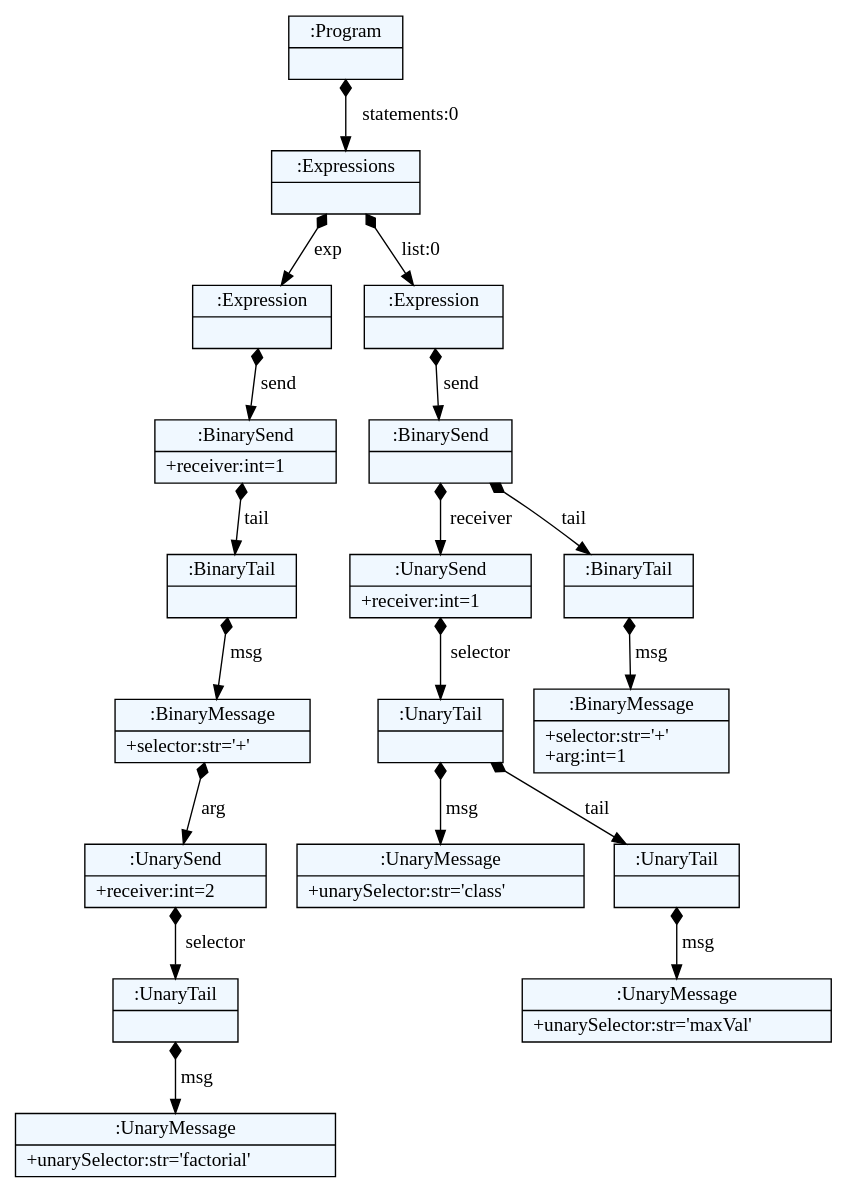
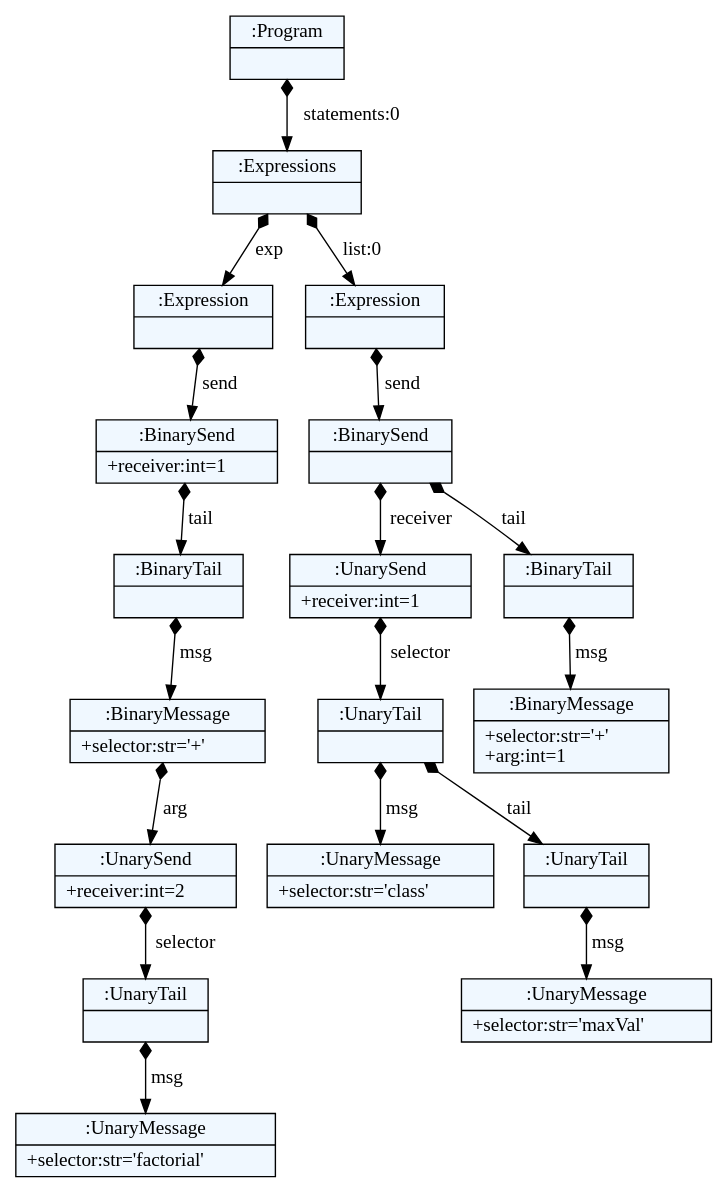
The diagram in parser/dot/bin_un_msg.dot (spcnz/smalltalk-parser), drawn with Graphviz before and after one commit. The commit also changed 27 other files, not shown here.

```diff
--- a/parser/dot/bin_un_msg.dot
+++ b/parser/dot/bin_un_msg.dot
@@ -1,50 +1,50 @@
 
     digraph textX {
     fontname = "Bitstream Vera Sans"
     fontsize = 8
     node[
         shape=record,
         style=filled,
         fillcolor=aliceblue
     ]
     nodesep = 0.3
     edge[dir=black,arrowtail=empty]
 
 
-1970548137096 -> 1970548137320 [label="statements:0" arrowtail=diamond dir=both]
-1970548137320 -> 1970548137432 [label="exp" arrowtail=diamond dir=both]
-1970548137432 -> 1970548137656 [label="send" arrowtail=diamond dir=both]
-1970548137656 -> 1970548137880 [label="tail" arrowtail=diamond dir=both]
-1970548137880 -> 1970549124512 [label="msg" arrowtail=diamond dir=both]
-1970549124512 -> 1970549875992 [label="arg" arrowtail=diamond dir=both]
-1970549875992 -> 1970549876160 [label="selector" arrowtail=diamond dir=both]
-1970549876160 -> 1970549876272 [label="msg" arrowtail=diamond dir=both]
-1970549876272[label="{:UnaryMessage|+unarySelector:str='factorial'\l}"]
-1970549876160[label="{:UnaryTail|}"]
-1970549875992[label="{:UnarySend|+receiver:int=2\l}"]
-1970549124512[label="{:BinaryMessage|+selector:str='+'\l}"]
-1970548137880[label="{:BinaryTail|}"]
-1970548137656[label="{:BinarySend|+receiver:int=1\l}"]
-1970548137432[label="{:Expression|}"]
-1970548137320 -> 1970549123056 [label="list:0" arrowtail=diamond dir=both]
-1970549123056 -> 1970548137712 [label="send" arrowtail=diamond dir=both]
-1970548137712 -> 1970549874872 [label="receiver" arrowtail=diamond dir=both]
-1970549874872 -> 1970549876104 [label="selector" arrowtail=diamond dir=both]
-1970549876104 -> 1970549876328 [label="msg" arrowtail=diamond dir=both]
-1970549876328[label="{:UnaryMessage|+unarySelector:str='class'\l}"]
-1970549876104 -> 1970549876384 [label="tail" arrowtail=diamond dir=both]
-1970549876384 -> 1970549876440 [label="msg" arrowtail=diamond dir=both]
-1970549876440[label="{:UnaryMessage|+unarySelector:str='maxVal'\l}"]
-1970549876384[label="{:UnaryTail|}"]
-1970549876104[label="{:UnaryTail|}"]
-1970549874872[label="{:UnarySend|+receiver:int=1\l}"]
-1970548137712 -> 1970549875264 [label="tail" arrowtail=diamond dir=both]
-1970549875264 -> 1970549876216 [label="msg" arrowtail=diamond dir=both]
-1970549876216[label="{:BinaryMessage|+selector:str='+'\l+arg:int=1\l}"]
-1970549875264[label="{:BinaryTail|}"]
-1970548137712[label="{:BinarySend|}"]
-1970549123056[label="{:Expression|}"]
-1970548137320[label="{:Expressions|}"]
-1970548137096[label="{:Program|}"]
+3018018212608 -> 3018018212496 [label="statements:0" arrowtail=diamond dir=both]
+3018018212496 -> 3018015126416 [label="exp" arrowtail=diamond dir=both]
+3018015126416 -> 3018041819824 [label="send" arrowtail=diamond dir=both]
+3018041819824 -> 3018041820776 [label="tail" arrowtail=diamond dir=both]
+3018041820776 -> 3018041820384 [label="msg" arrowtail=diamond dir=both]
+3018041820384 -> 3018041820272 [label="arg" arrowtail=diamond dir=both]
+3018041820272 -> 3018041820328 [label="selector" arrowtail=diamond dir=both]
+3018041820328 -> 3018047615272 [label="msg" arrowtail=diamond dir=both]
+3018047615272[label="{:UnaryMessage|+selector:str='factorial'\l}"]
+3018041820328[label="{:UnaryTail|}"]
+3018041820272[label="{:UnarySend|+receiver:int=2\l}"]
+3018041820384[label="{:BinaryMessage|+selector:str='+'\l}"]
+3018041820776[label="{:BinaryTail|}"]
+3018041819824[label="{:BinarySend|+receiver:int=1\l}"]
+3018015126416[label="{:Expression|}"]
+3018018212496 -> 3018014229056 [label="list:0" arrowtail=diamond dir=both]
+3018014229056 -> 3018041820608 [label="send" arrowtail=diamond dir=both]
+3018041820608 -> 3018041820440 [label="receiver" arrowtail=diamond dir=both]
+3018041820440 -> 3018041820104 [label="selector" arrowtail=diamond dir=both]
+3018041820104 -> 3018047615496 [label="msg" arrowtail=diamond dir=both]
+3018047615496[label="{:UnaryMessage|+selector:str='class'\l}"]
+3018041820104 -> 3018047615440 [label="tail" arrowtail=diamond dir=both]
+3018047615440 -> 3018047615160 [label="msg" arrowtail=diamond dir=both]
+3018047615160[label="{:UnaryMessage|+selector:str='maxVal'\l}"]
+3018047615440[label="{:UnaryTail|}"]
+3018041820104[label="{:UnaryTail|}"]
+3018041820440[label="{:UnarySend|+receiver:int=1\l}"]
+3018041820608 -> 3018041820160 [label="tail" arrowtail=diamond dir=both]
+3018041820160 -> 3018047615384 [label="msg" arrowtail=diamond dir=both]
+3018047615384[label="{:BinaryMessage|+selector:str='+'\l+arg:int=1\l}"]
+3018041820160[label="{:BinaryTail|}"]
+3018041820608[label="{:BinarySend|}"]
+3018014229056[label="{:Expression|}"]
+3018018212496[label="{:Expressions|}"]
+3018018212608[label="{:Program|}"]
 
 }
```
